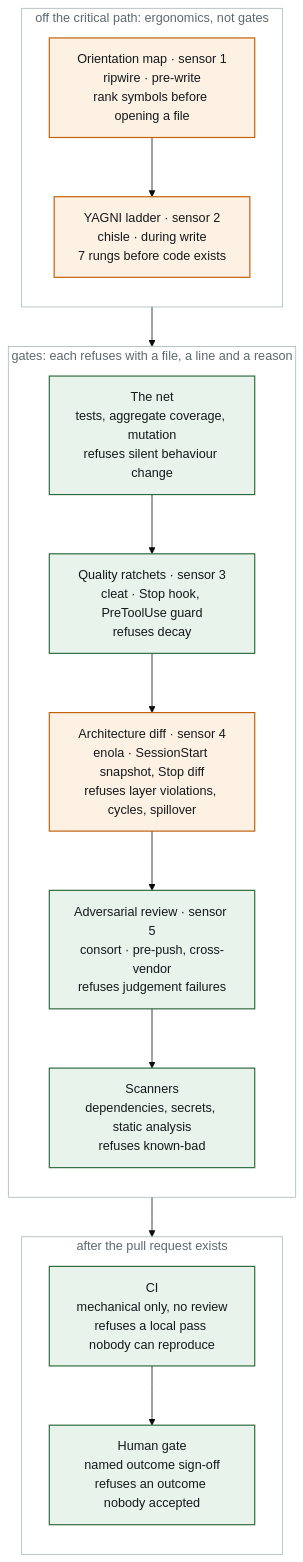
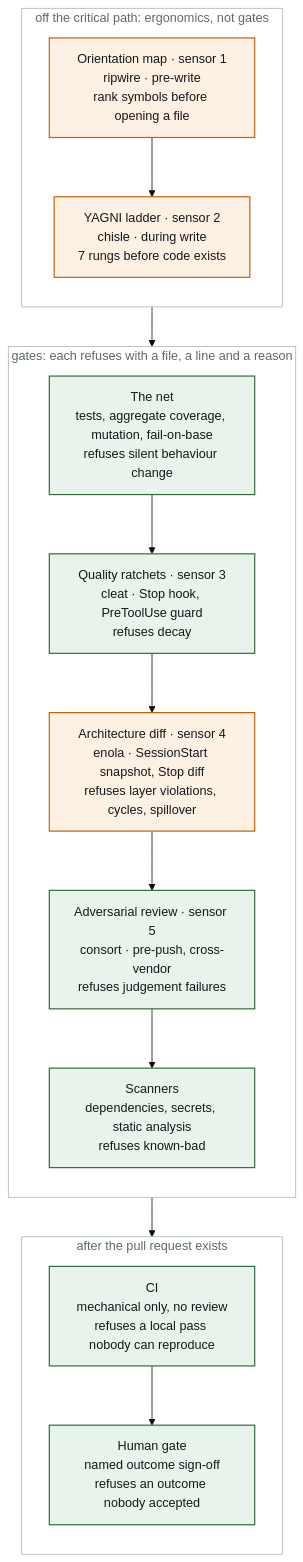
The diagram in README.md (siimvene/software-factory), drawn with Mermaid (base theme) before and after one commit. The commit also changed other lines of this file and 21 other files, not shown here.

````diff
--- a/README.md
+++ b/README.md
@@ -33,29 +33,29 @@
 ```mermaid
 flowchart TB
     subgraph ERGO["off the critical path: ergonomics, not gates"]
         direction TB
         L1["Orientation map · sensor 1<br/>ripwire · pre-write<br/>rank symbols before opening a file"]
         L2["YAGNI ladder · sensor 2<br/>chisle · during write<br/>7 rungs before code exists"]
     end
     subgraph GATES["gates: each refuses with a file, a line and a reason"]
         direction TB
-        L3["The net<br/>tests, aggregate coverage, mutation<br/>refuses silent behaviour change"]
+        L3["The net<br/>tests, aggregate coverage, mutation, fail-on-base<br/>refuses silent behaviour change"]
         L4["Quality ratchets · sensor 3<br/>cleat · Stop hook, PreToolUse guard<br/>refuses decay"]
         L5["Architecture diff · sensor 4<br/>enola · SessionStart snapshot, Stop diff<br/>refuses layer violations, cycles, spillover"]
         L6["Adversarial review · sensor 5<br/>consort · pre-push, cross-vendor<br/>refuses judgement failures"]
         L7["Scanners<br/>dependencies, secrets, static analysis<br/>refuses known-bad"]
     end
     subgraph AFTER["after the pull request exists"]
         direction TB
         L8["CI<br/>mechanical only, no review<br/>refuses a local pass nobody can reproduce"]
         L9["Human gate<br/>named outcome sign-off<br/>refuses an outcome nobody accepted"]
     end
     L1 --> L2 --> L3 --> L4 --> L5 --> L6 --> L7 --> L8 --> L9
 
     classDef measured fill:#e8f3ec,stroke:#2f6b3f,stroke-width:1.5px,color:#14181b;
     classDef designed fill:#fdf1e3,stroke:#c2610c,stroke-width:1.5px,color:#14181b;
     classDef frame fill:#00000000,stroke:#aab6b8,stroke-width:1px,color:#5d686d;
     class L3,L4,L6,L7,L8,L9 measured;
     class L1,L2,L5 designed;
     class ERGO,GATES,AFTER frame;
 ```
````
